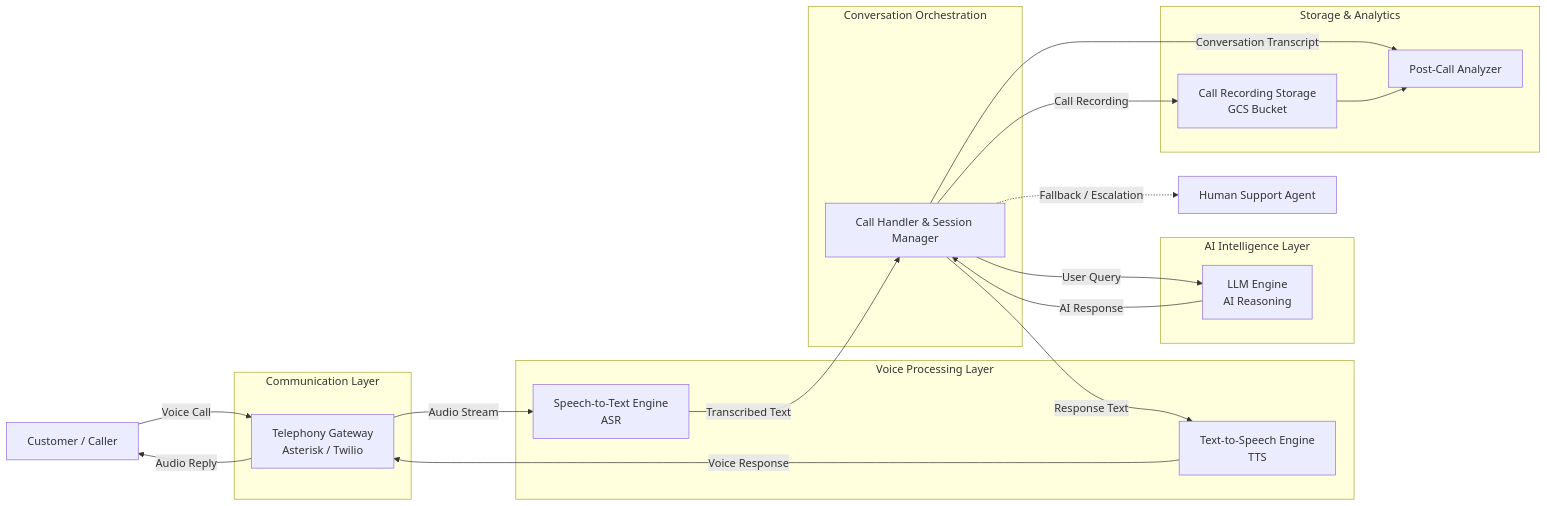
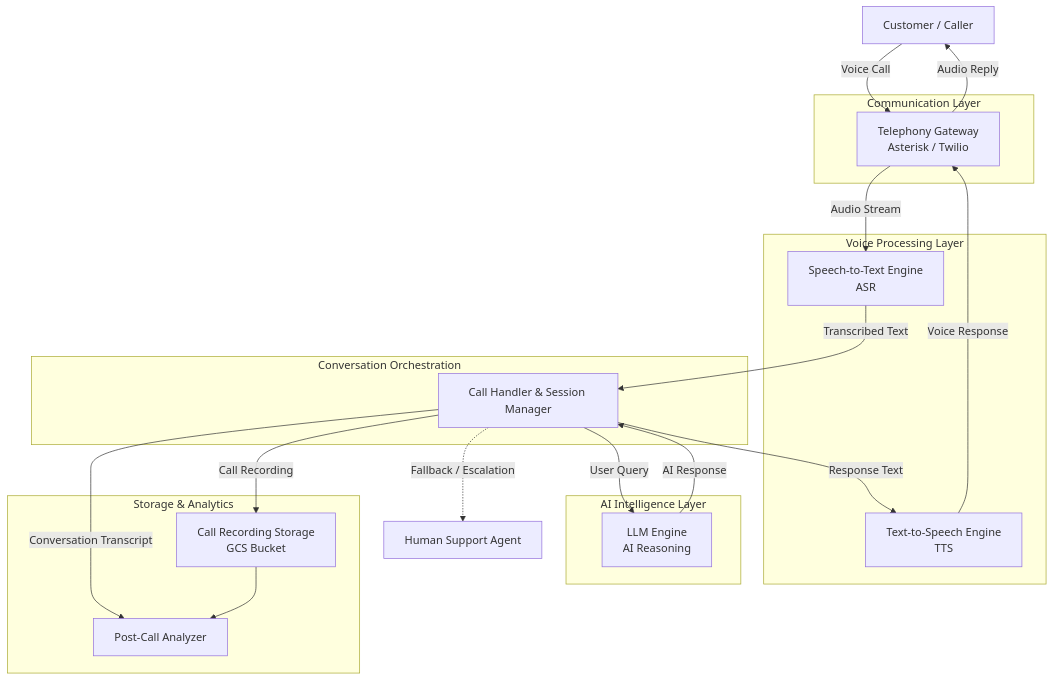
One commit to bahadur1996/CricketScoreDashboard_SpringBoot changed the diagram in AI_supported_customer_agent.md. Above: the diagram before and after it, drawn with Mermaid.

````diff
--- a/AI_supported_customer_agent.md
+++ b/AI_supported_customer_agent.md
@@ -27,73 +27,73 @@
 ```mermaid
-flowchart LR
+flowchart TD
 
     %% =========================
     %% User Layer
     %% =========================
     U[Customer / Caller]
     HA[Human Support Agent]
 
     %% =========================
     %% Communication Layer
     %% =========================
     subgraph COMM[Communication Layer]
         TG[Telephony Gateway\nAsterisk / Twilio]
     end
 
     %% =========================
     %% Voice Processing Layer
     %% =========================
     subgraph VOICE[Voice Processing Layer]
         ASR[Speech-to-Text Engine\nASR]
         TTS[Text-to-Speech Engine\nTTS]
     end
 
     %% =========================
     %% Core AI Orchestration
     %% =========================
     subgraph ORCH[Conversation Orchestration]
         CH[Call Handler & Session Manager]
     end
 
     %% =========================
     %% AI Intelligence Layer
     %% =========================
     subgraph AI[AI Intelligence Layer]
         LLM[LLM Engine\nAI Reasoning]
     end
 
     %% =========================
     %% Storage & Analytics
     %% =========================
     subgraph ANALYTICS[Storage & Analytics]
         GCS[Call Recording Storage\nGCS Bucket]
         PCA[Post-Call Analyzer]
     end
 
     %% =========================
     %% Main Call Flow
     %% =========================
     U -->|Voice Call| TG
 
     TG -->|Audio Stream| ASR
     ASR -->|Transcribed Text| CH
 
     CH -->|User Query| LLM
     LLM -->|AI Response| CH
 
     CH -->|Response Text| TTS
     TTS -->|Voice Response| TG
     TG -->|Audio Reply| U
 
     %% =========================
     %% Human Escalation
     %% =========================
     CH -.->|Fallback / Escalation| HA
 
     %% =========================
     %% Recording & Analytics
     %% =========================
     CH -->|Call Recording| GCS
     CH -->|Conversation Transcript| PCA
     GCS --> PCA
 ```
````
